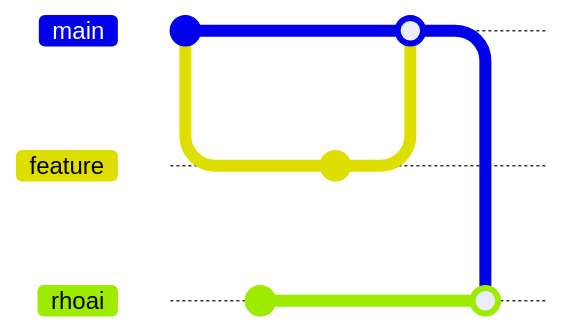
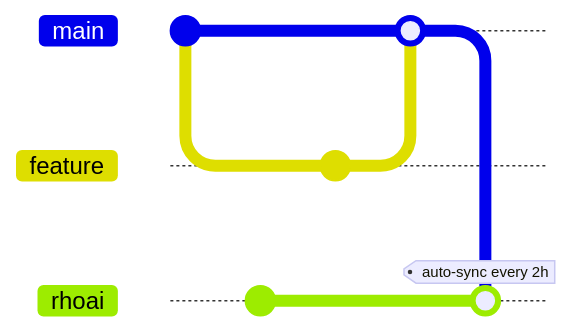
One commit to opendatahub-io/opendatahub-operator changed the first of 2 diagrams in docs/release-workflow-guide.md. Above: the diagram before and after it, drawn with Mermaid. The commit also changed other lines of this file, not shown here. Commit ids are hidden.

````diff
--- a/docs/release-workflow-guide.md
+++ b/docs/release-workflow-guide.md
@@ -35,15 +35,15 @@
 ```mermaid
 gitGraph
     branch rhoai order: 4
     checkout main
     commit
     checkout rhoai
     commit
     checkout main
     branch feature
     commit id: "2-0a10a11"
     checkout main
     merge feature
     checkout rhoai
-    merge main
+    merge main tag: "auto-sync every 2h"
 ```
````
